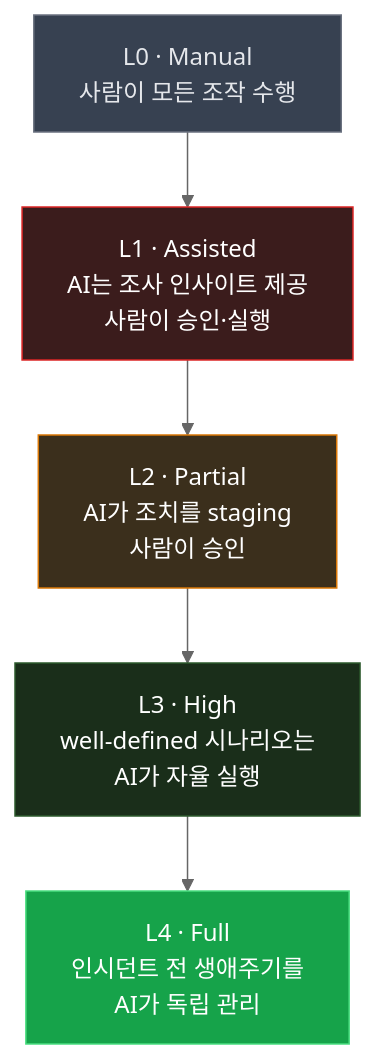
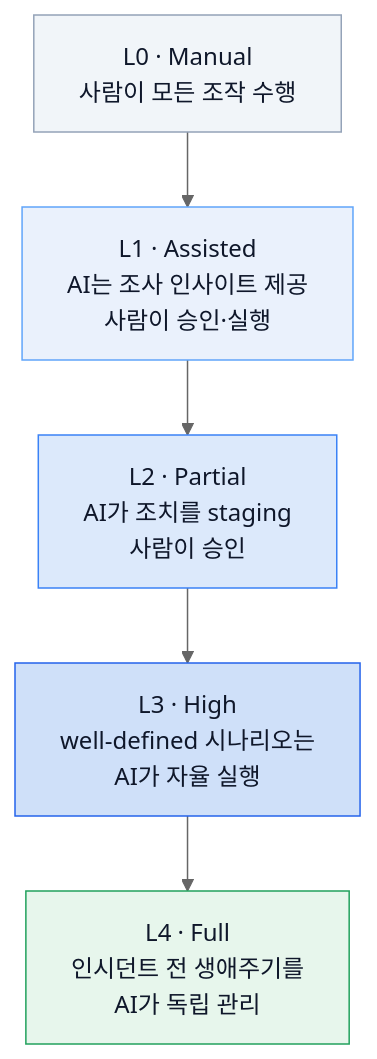
One commit to kimduksoo/duksoo-tech-blog changed the first of 3 diagrams in content/ai/sre-ai-reliable-operations.md. Above: the diagram before and after it, drawn with Mermaid (neutral theme). The commit also changed other lines of this file, not shown here.

First line of the commit message:
fix: SRE 글 mermaid 색상 light 팔레트로 통일 + 볼드 렌더 수정

````diff
--- a/content/ai/sre-ai-reliable-operations.md
+++ b/content/ai/sre-ai-reliable-operations.md
@@ -38,14 +38,14 @@
 ```mermaid
 flowchart TB
     L0["L0 · Manual<br/>사람이 모든 조작 수행"] --> L1
     L1["L1 · Assisted<br/>AI는 조사 인사이트 제공<br/>사람이 승인·실행"] --> L2
     L2["L2 · Partial<br/>AI가 조치를 staging<br/>사람이 승인"] --> L3
     L3["L3 · High<br/>well-defined 시나리오는<br/>AI가 자율 실행"] --> L4
     L4["L4 · Full<br/>인시던트 전 생애주기를<br/>AI가 독립 관리"]
 
-    style L0 fill:#374151,stroke:#6b7280,color:#e5e7eb
-    style L1 fill:#3b1c1c,stroke:#dc2626,color:#fff
-    style L2 fill:#3b2f1c,stroke:#d97706,color:#fff
-    style L3 fill:#1a2e1a,stroke:#2d5a2d,color:#fff
-    style L4 fill:#16a34a,stroke:#4ade80,color:#fff
+    style L0 fill:#f1f5f9,stroke:#94a3b8,color:#0f172a
+    style L1 fill:#eaf1fc,stroke:#60a5fa,color:#0f172a
+    style L2 fill:#dce9fb,stroke:#3b82f6,color:#0f172a
+    style L3 fill:#cfe0f9,stroke:#2563eb,color:#0f172a
+    style L4 fill:#e7f6ec,stroke:#22a15d,color:#0f172a
 ```
````
